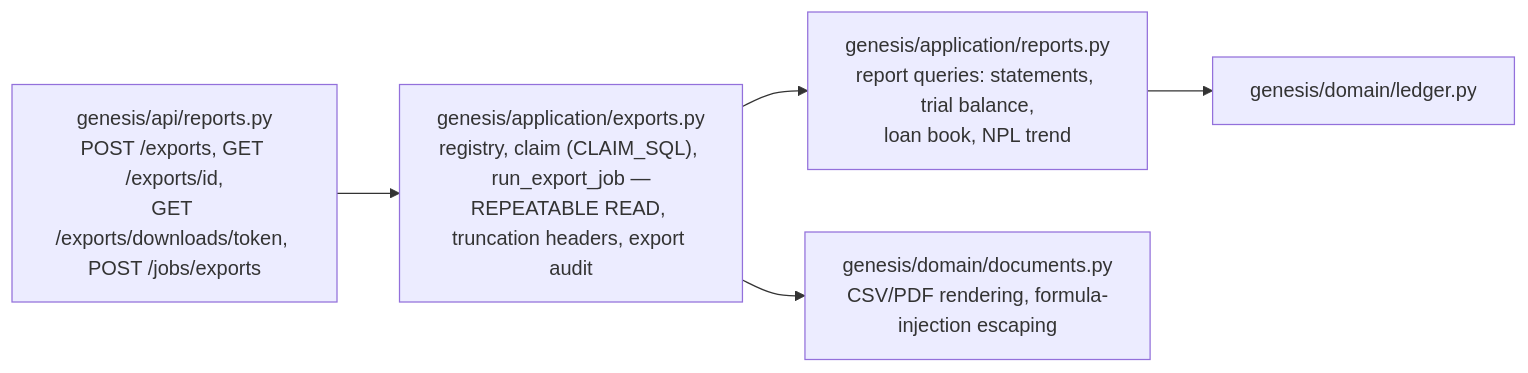
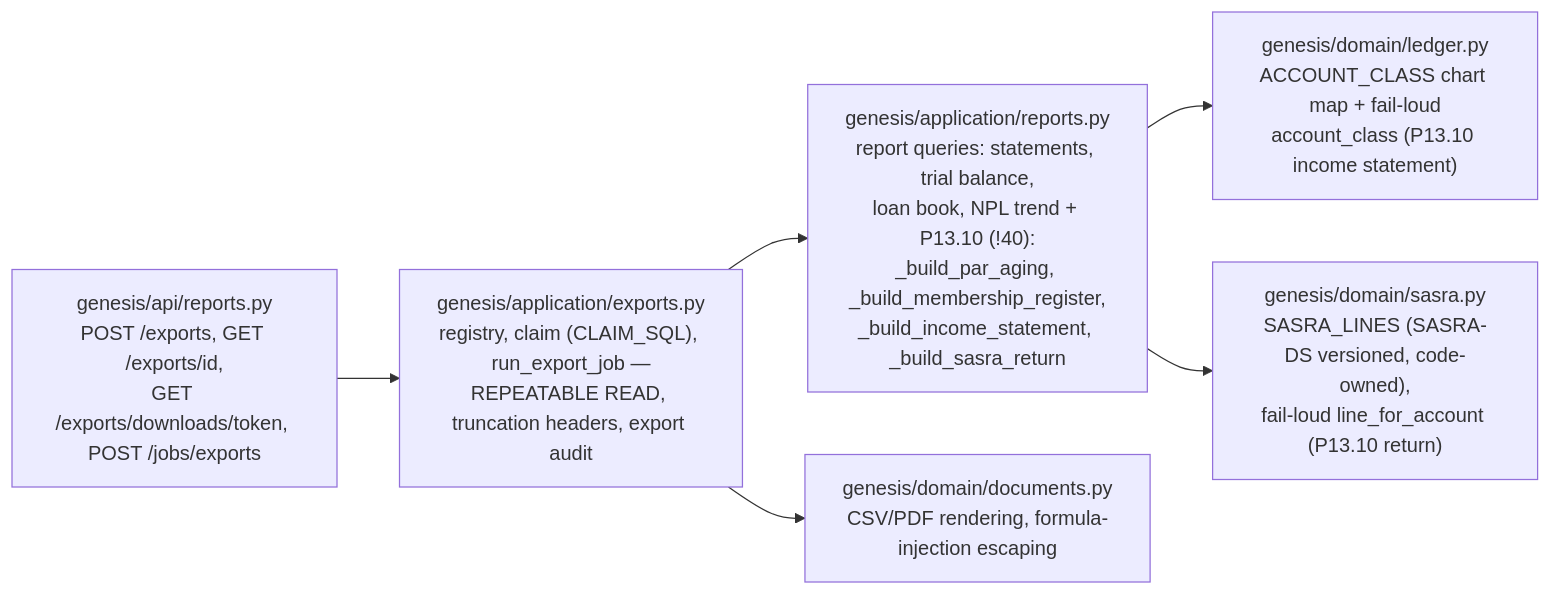
One commit to Benson-Kim/genesis-sacco changed diagram 12 of 21 in docs/diagrams/c4-component.md. Above: the diagram before and after it, drawn with Mermaid. The commit also changed other lines of this file and 4 other files, not shown here.

First line of the commit message:
docs(diagrams): C4 as-built refresh — migration head 0034, P13.10 report builders on diagram 11 (!38 R3)

````diff
--- a/docs/diagrams/c4-component.md
+++ b/docs/diagrams/c4-component.md
@@ -162,7 +167,8 @@
 ```mermaid
 flowchart LR
     R11["genesis/api/reports.py<br/>POST /exports, GET /exports/id,<br/>GET /exports/downloads/token, POST /jobs/exports"] --> S11A["genesis/application/exports.py<br/>registry, claim (CLAIM_SQL), run_export_job —<br/>REPEATABLE READ, truncation headers, export audit"]
-    S11A --> S11B["genesis/application/reports.py<br/>report queries: statements, trial balance,<br/>loan book, NPL trend"]
+    S11A --> S11B["genesis/application/reports.py<br/>report queries: statements, trial balance,<br/>loan book, NPL trend + P13.10 (!40):<br/>_build_par_aging, _build_membership_register,<br/>_build_income_statement, _build_sasra_return"]
     S11A --> D11A["genesis/domain/documents.py<br/>CSV/PDF rendering, formula-injection escaping"]
-    S11B --> D11B["genesis/domain/ledger.py"]
+    S11B --> D11B["genesis/domain/ledger.py<br/>ACCOUNT_CLASS chart map + fail-loud<br/>account_class (P13.10 income statement)"]
+    S11B --> D11C["genesis/domain/sasra.py<br/>SASRA_LINES (SASRA-DS versioned, code-owned),<br/>fail-loud line_for_account (P13.10 return)"]
 ```
````
